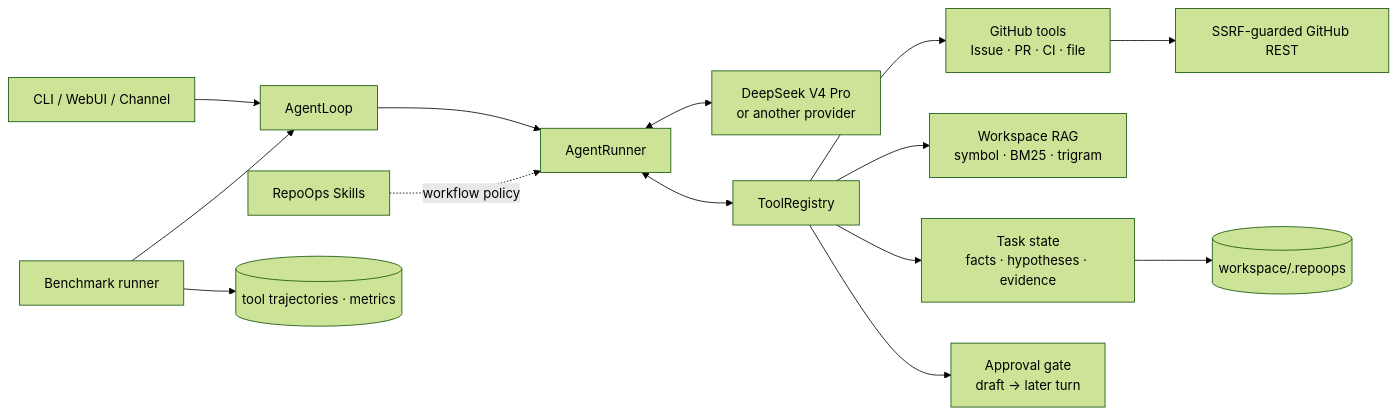
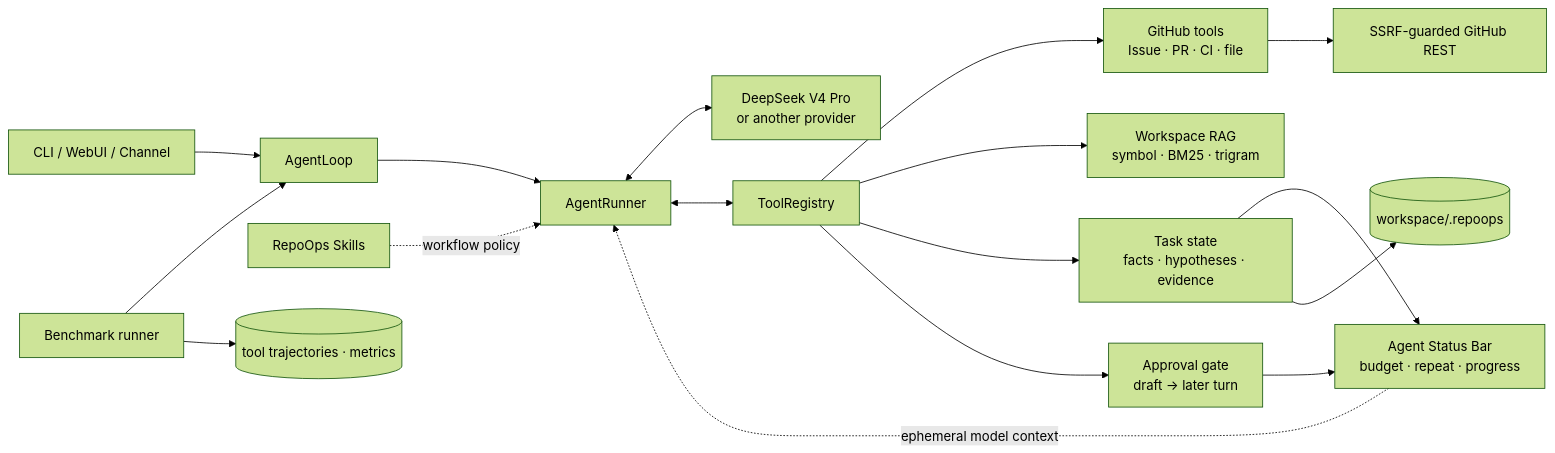
Before and after one commit to 123kaze/RepoOpsAgent: the diagram in README.md, drawn with Mermaid (forest theme). The commit also changed other lines of this file and 284 other files, not shown here.

Commit message:
Add runtime status bar and baseline comparisons

````diff
--- a/README.md
+++ b/README.md
@@ -31,19 +32,22 @@
 ```mermaid
 flowchart LR
     U[CLI / WebUI / Channel] --> L[AgentLoop]
     L --> R[AgentRunner]
     R <--> M[DeepSeek V4 Pro<br/>or another provider]
     R <--> T[ToolRegistry]
 
     T --> G[GitHub tools<br/>Issue · PR · CI · file]
     T --> Q[Workspace RAG<br/>symbol · BM25 · trigram]
     T --> S[Task state<br/>facts · hypotheses · evidence]
     T --> A[Approval gate<br/>draft → later turn]
+    S --> B[Agent Status Bar<br/>budget · repeat · progress]
+    A --> B
+    B -. ephemeral model context .-> R
 
     G --> H[SSRF-guarded GitHub REST]
     S --> D[(workspace/.repoops)]
 
     K[RepoOps Skills] -. workflow policy .-> R
     E[Benchmark runner] --> L
     E --> X[(tool trajectories · metrics)]
 ```
````
